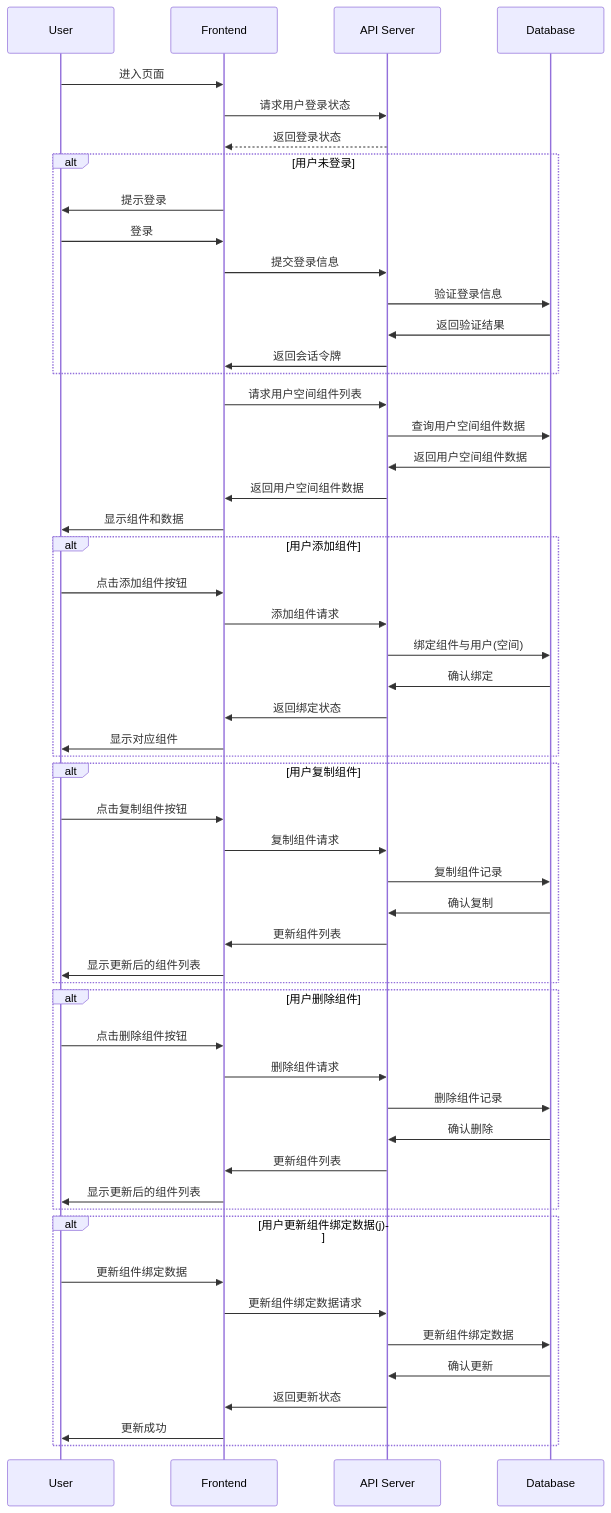
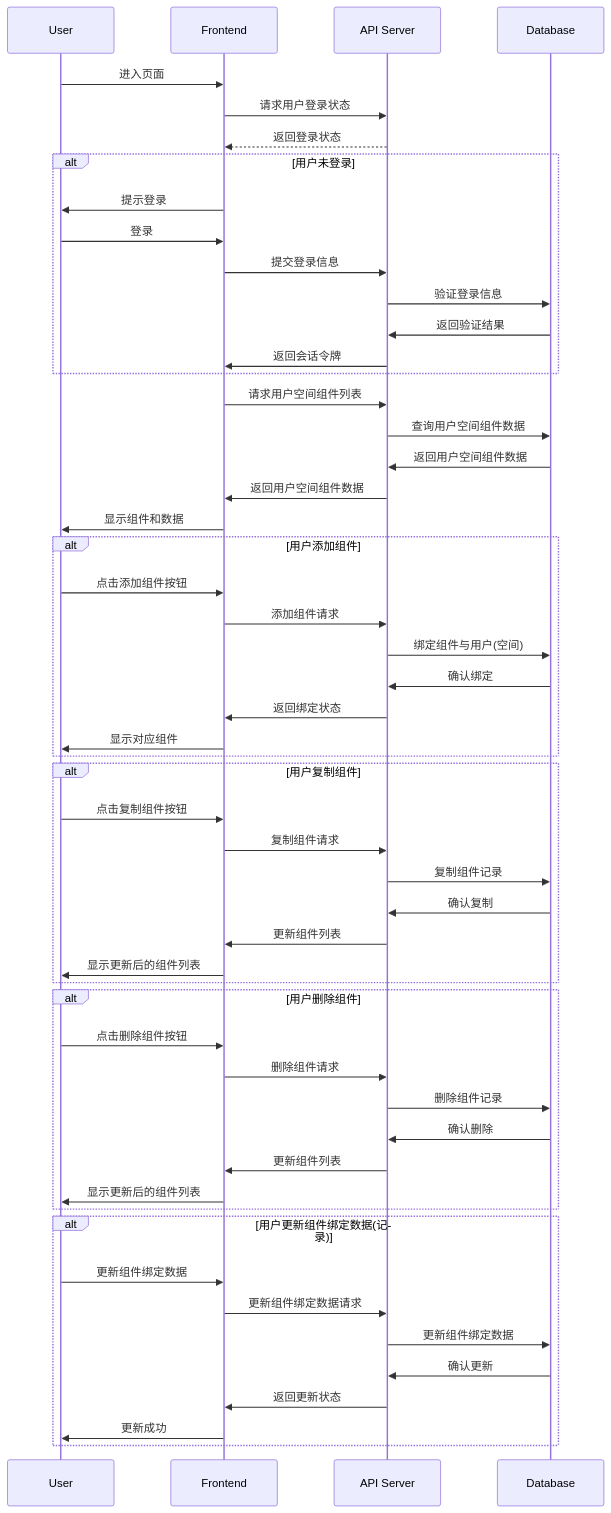
One commit to yingjianzh/iodraw-files changed the diagram in all/未命名-7.md. Above: the diagram before and after it, drawn with Mermaid.

Commit message:
2024-10-09 10:30:11 update

````diff
--- a/all/未命名-7.md
+++ b/all/未命名-7.md
@@ -1,62 +1,62 @@
 ```mermaid
 sequenceDiagram
     participant User
     participant Frontend
     participant API Server
     participant Database
 
     User->>Frontend: 进入页面
     Frontend->>API Server: 请求用户登录状态
     API Server-->>Frontend: 返回登录状态
     alt 用户未登录
         Frontend->>User: 提示登录
         User->>Frontend: 登录
         Frontend->>API Server: 提交登录信息
         API Server->>Database: 验证登录信息
         Database->>API Server: 返回验证结果
         API Server->>Frontend: 返回会话令牌
     end
 
     Frontend->>API Server: 请求用户空间组件列表
     API Server->>Database: 查询用户空间组件数据
     Database->>API Server: 返回用户空间组件数据
     API Server->>Frontend: 返回用户空间组件数据
     Frontend->>User: 显示组件和数据
 
     alt 用户添加组件
         User->>Frontend: 点击添加组件按钮
         Frontend->>API Server: 添加组件请求
         API Server->>Database: 绑定组件与用户(空间)
         Database->>API Server: 确认绑定
         API Server->>Frontend: 返回绑定状态
         Frontend->>User: 显示对应组件
     end
 
     alt 用户复制组件
         User->>Frontend: 点击复制组件按钮
         Frontend->>API Server: 复制组件请求
         API Server->>Database: 复制组件记录
         Database->>API Server: 确认复制
         API Server->>Frontend: 更新组件列表
         Frontend->>User: 显示更新后的组件列表
     end
 
     alt 用户删除组件
         User->>Frontend: 点击删除组件按钮
         Frontend->>API Server: 删除组件请求
         API Server->>Database: 删除组件记录
         Database->>API Server: 确认删除
         API Server->>Frontend: 更新组件列表
         Frontend->>User: 显示更新后的组件列表
     end
 
-    alt 用户更新组件绑定数据(j)
+    alt 用户更新组件绑定数据(记录)
         User->>Frontend: 更新组件绑定数据
         Frontend->>API Server: 更新组件绑定数据请求
         API Server->>Database: 更新组件绑定数据
         Database->>API Server: 确认更新
         API Server->>Frontend: 返回更新状态
         Frontend->>User: 更新成功
     end
 
 ```
````
